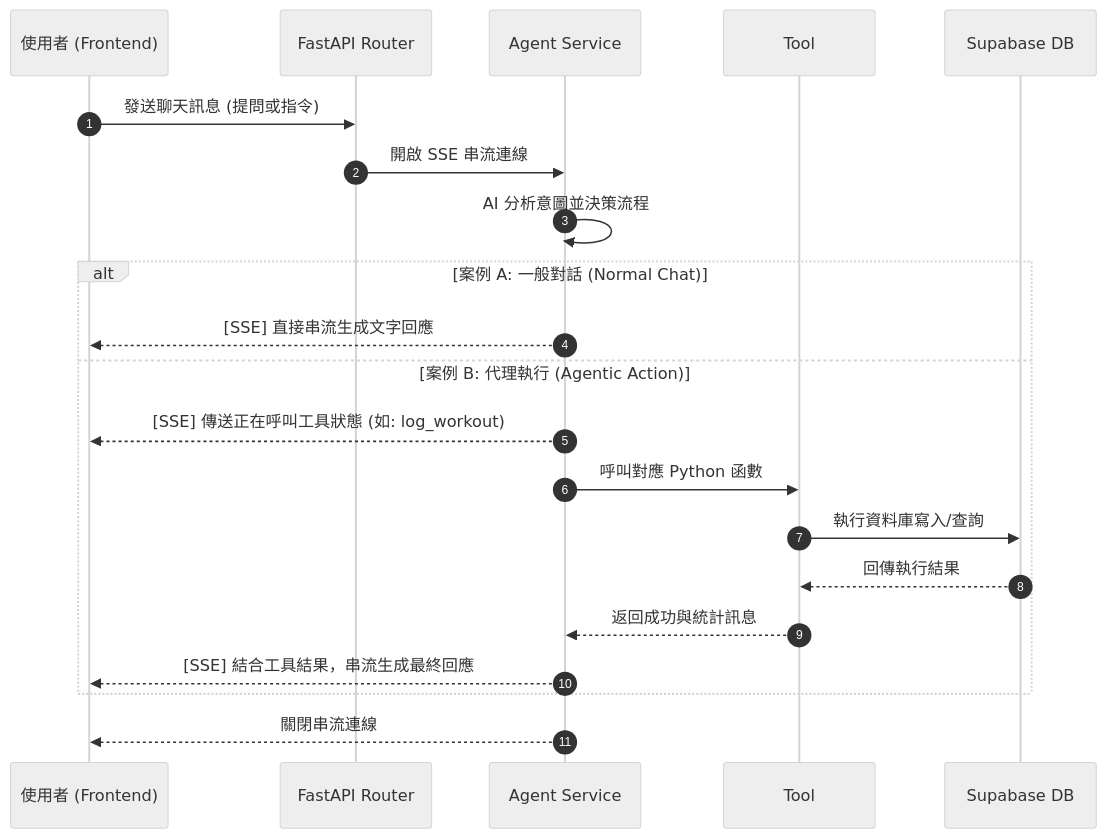
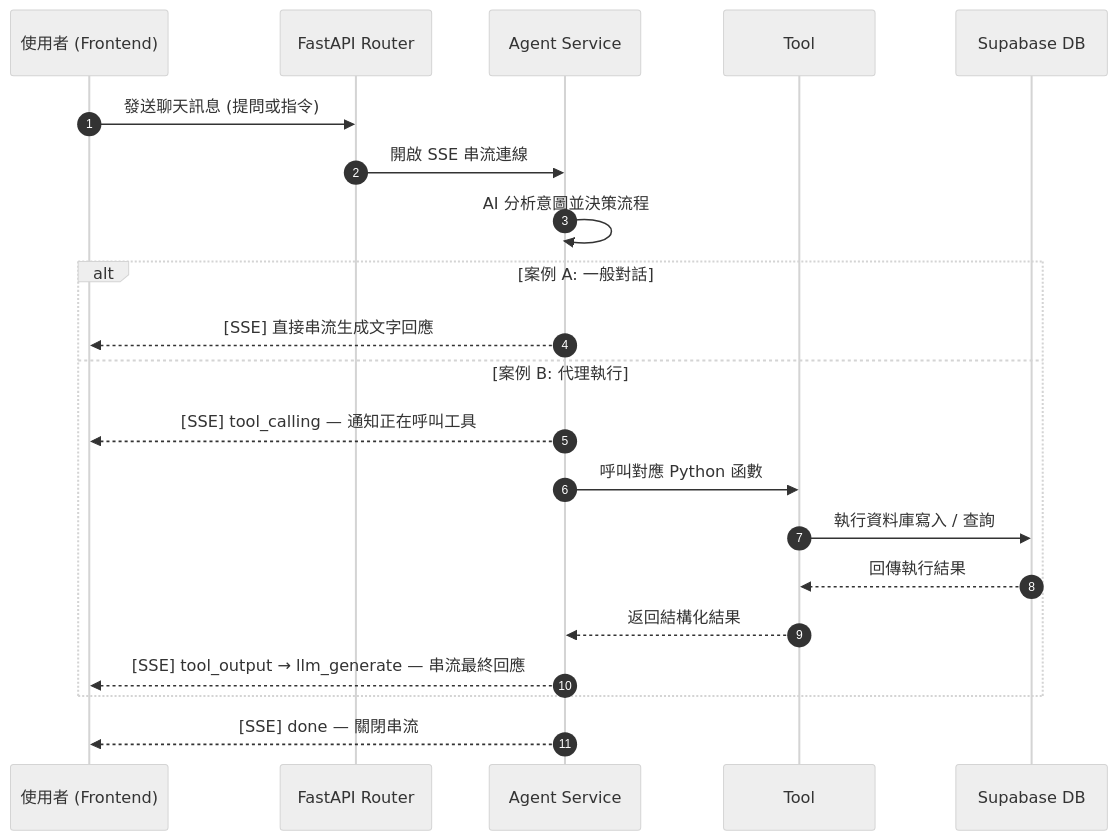
Before and after one commit to Jason910315/gentle-gains: the diagram in README.md, drawn with Mermaid (neutral theme). The commit also changed other lines of this file and 10 other files, not shown here.

````diff
--- a/README.md
+++ b/README.md
@@ -18,26 +30,26 @@
 ```mermaid
 sequenceDiagram
     autonumber
     participant User as 使用者 (Frontend)
     participant API as FastAPI Router
     participant Service as Agent Service
     participant Tool as Tool
     participant DB as Supabase DB
 
     User->>API: 發送聊天訊息 (提問或指令)
     API->>Service: 開啟 SSE 串流連線
     Service->>Service: AI 分析意圖並決策流程
 
-    alt 案例 A: 一般對話 (Normal Chat)
+    alt 案例 A: 一般對話
         Service-->>User: [SSE] 直接串流生成文字回應
-    else 案例 B: 代理執行 (Agentic Action)
-        Service-->>User: [SSE] 傳送正在呼叫工具狀態 (如: log_workout)
+    else 案例 B: 代理執行
+        Service-->>User: [SSE] tool_calling — 通知正在呼叫工具
         Service->>Tool: 呼叫對應 Python 函數
-        Tool->>DB: 執行資料庫寫入/查詢
+        Tool->>DB: 執行資料庫寫入 / 查詢
         DB-->>Tool: 回傳執行結果
-        Tool-->>Service: 返回成功與統計訊息
-        Service-->>User: [SSE] 結合工具結果，串流生成最終回應
+        Tool-->>Service: 返回結構化結果
+        Service-->>User: [SSE] tool_output → llm_generate — 串流最終回應
     end
 
-    Service-->>User: 關閉串流連線
+    Service-->>User: [SSE] done — 關閉串流
 ```
````
